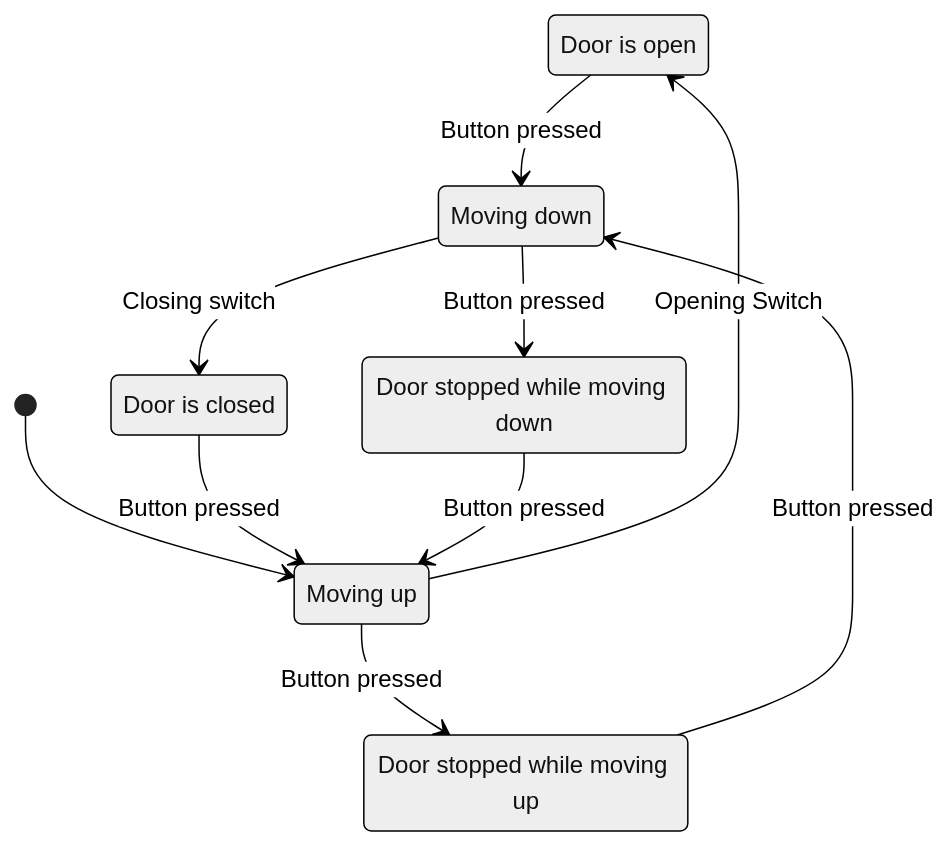
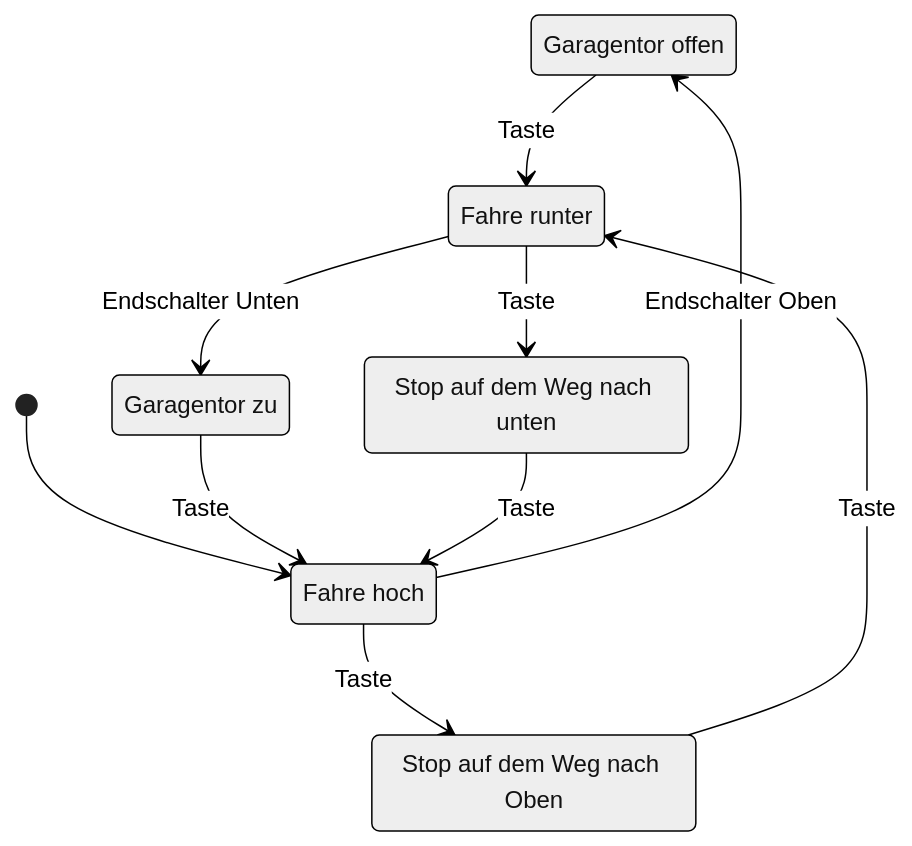
One commit to stefan-dir/tea21 changed the diagram in exercise-005/Readme.md. Above: the diagram before and after it, drawn with Mermaid (neutral theme).

Commit message:
doc: moved to German

````diff
--- a/exercise-005/Readme.md
+++ b/exercise-005/Readme.md
@@ -49,18 +49,18 @@
 ```mermaid
 stateDiagram-v2
-    Open: Door is open
-    Closed: Door is closed
-    Up: Moving up
-    Down: Moving down
-    StopUp: Door stopped while moving up
-    StopDown: Door stopped while moving down
+    Open: Garagentor offen
+    Closed: Garagentor zu
+    Up: Fahre hoch
+    Down: Fahre runter
+    StopUp: Stop auf dem Weg nach Oben
+    StopDown: Stop auf dem Weg nach unten
     [*] --> Up
-    Up --> StopUp : Button pressed
-    StopUp --> Down : Button pressed
-    Down --> Closed : Closing switch
-    Closed --> Up : Button pressed
-    Up --> Open: Opening Switch
-    Open --> Down: Button pressed
-    StopDown --> Up: Button pressed
-    Down --> StopDown: Button pressed
+    Up --> StopUp : Taste
+    StopUp --> Down : Taste
+    Down --> Closed : Endschalter Unten
+    Closed --> Up : Taste
+    Up --> Open: Endschalter Oben
+    Open --> Down: Taste
+    StopDown --> Up: Taste
+    Down --> StopDown: Taste
 ```
````
